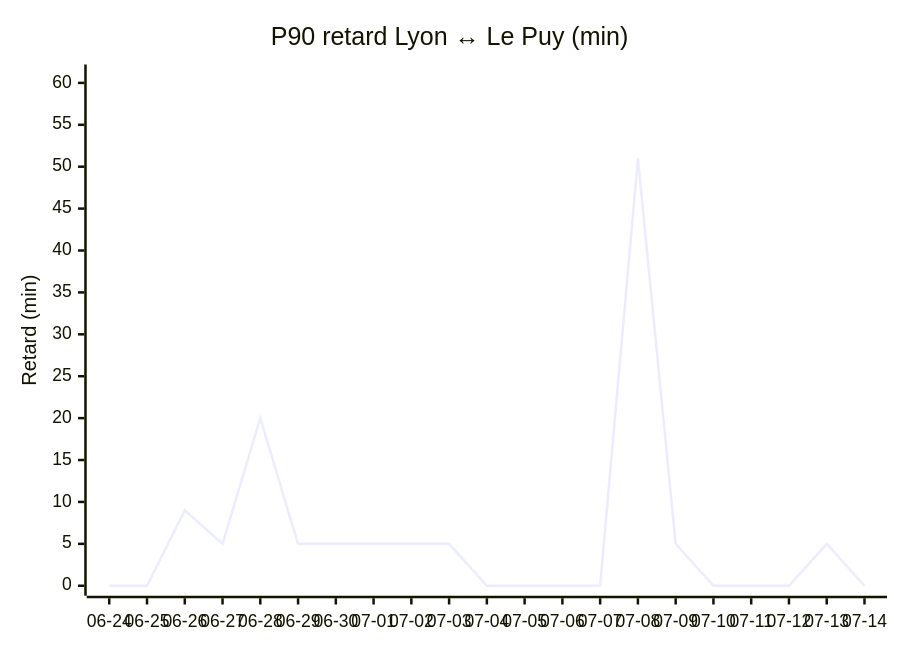
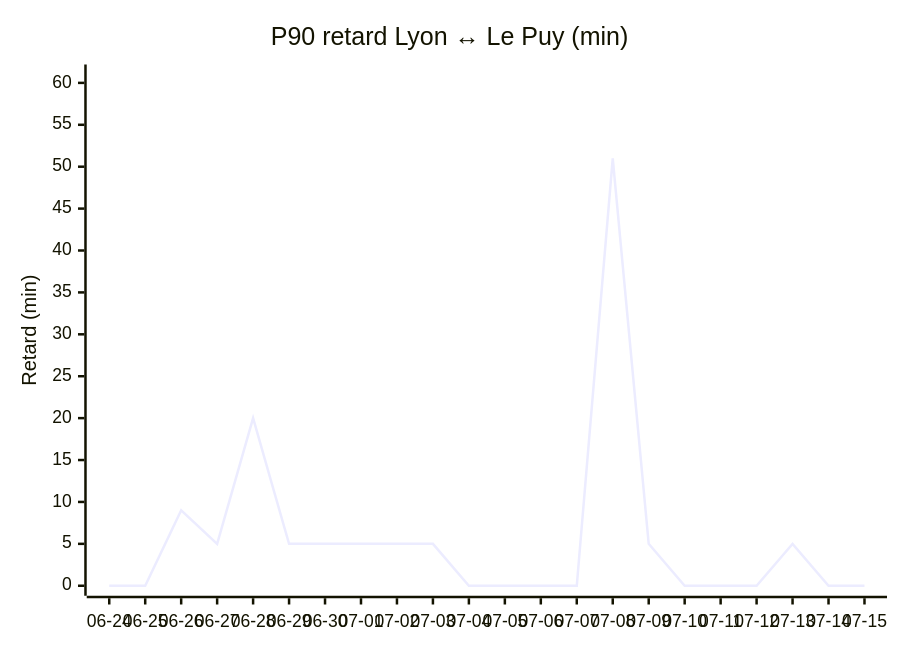
The third of 4 diagrams in STATS.md (antoinerep/horaire-ter), drawn with Mermaid before and after one commit. The commit also changed other lines of this file and 1 other file, not shown here.

````diff
--- a/STATS.md
+++ b/STATS.md
@@ -93,7 +94,7 @@
 ```mermaid
 xychart-beta
     title "P90 retard Lyon ↔ Le Puy (min)"
-    x-axis ["06-24", "06-25", "06-26", "06-27", "06-28", "06-29", "06-30", "07-01", "07-02", "07-03", "07-04", "07-05", "07-06", "07-07", "07-08", "07-09", "07-10", "07-11", "07-12", "07-13", "07-14"]
+    x-axis ["06-24", "06-25", "06-26", "06-27", "06-28", "06-29", "06-30", "07-01", "07-02", "07-03", "07-04", "07-05", "07-06", "07-07", "07-08", "07-09", "07-10", "07-11", "07-12", "07-13", "07-14", "07-15"]
     y-axis "Retard (min)" 0 --> 61
-    line [0.0, 0.0, 9.0, 5.0, 20.0, 5.0, 5.0, 5.0, 5.0, 5.0, 0.0, 0.0, 0.0, 0.0, 51.0, 5.0, 0.0, 0.0, 0.0, 5.0, 0.0]
+    line [0.0, 0.0, 9.0, 5.0, 20.0, 5.0, 5.0, 5.0, 5.0, 5.0, 0.0, 0.0, 0.0, 0.0, 51.0, 5.0, 0.0, 0.0, 0.0, 5.0, 0.0, 0.0]
 ```
````
